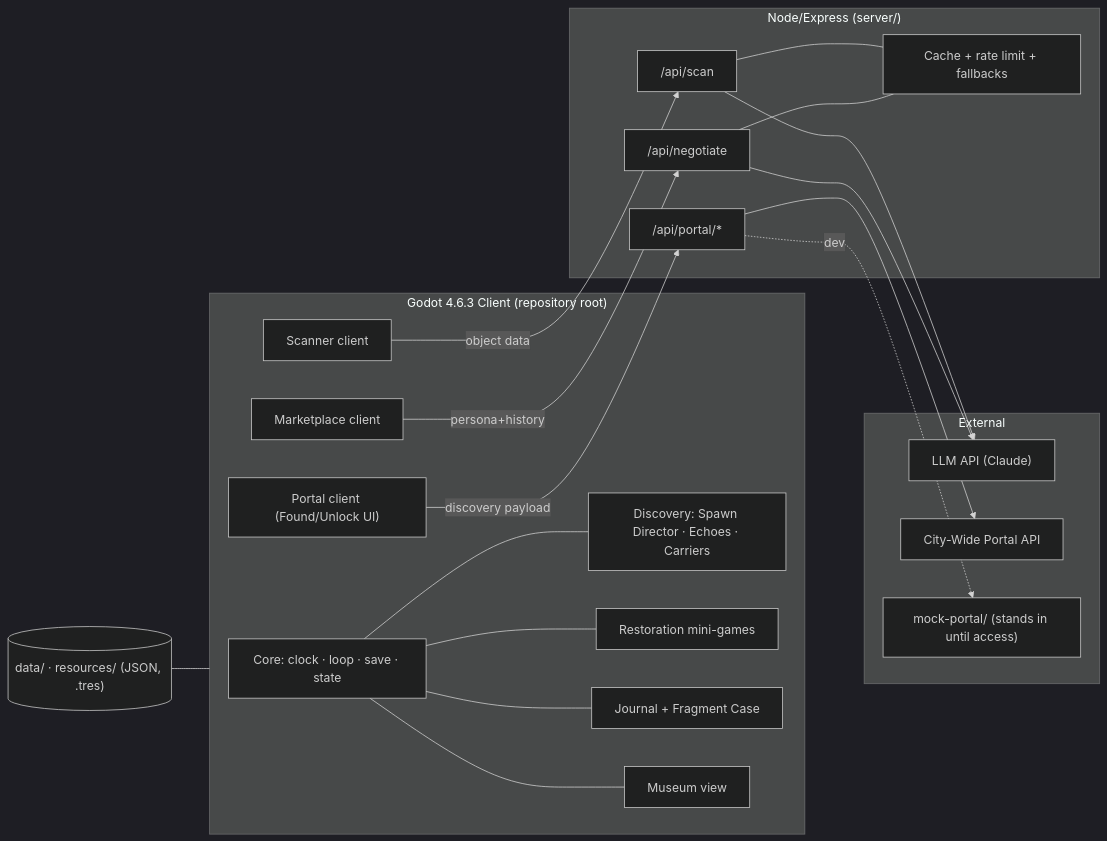
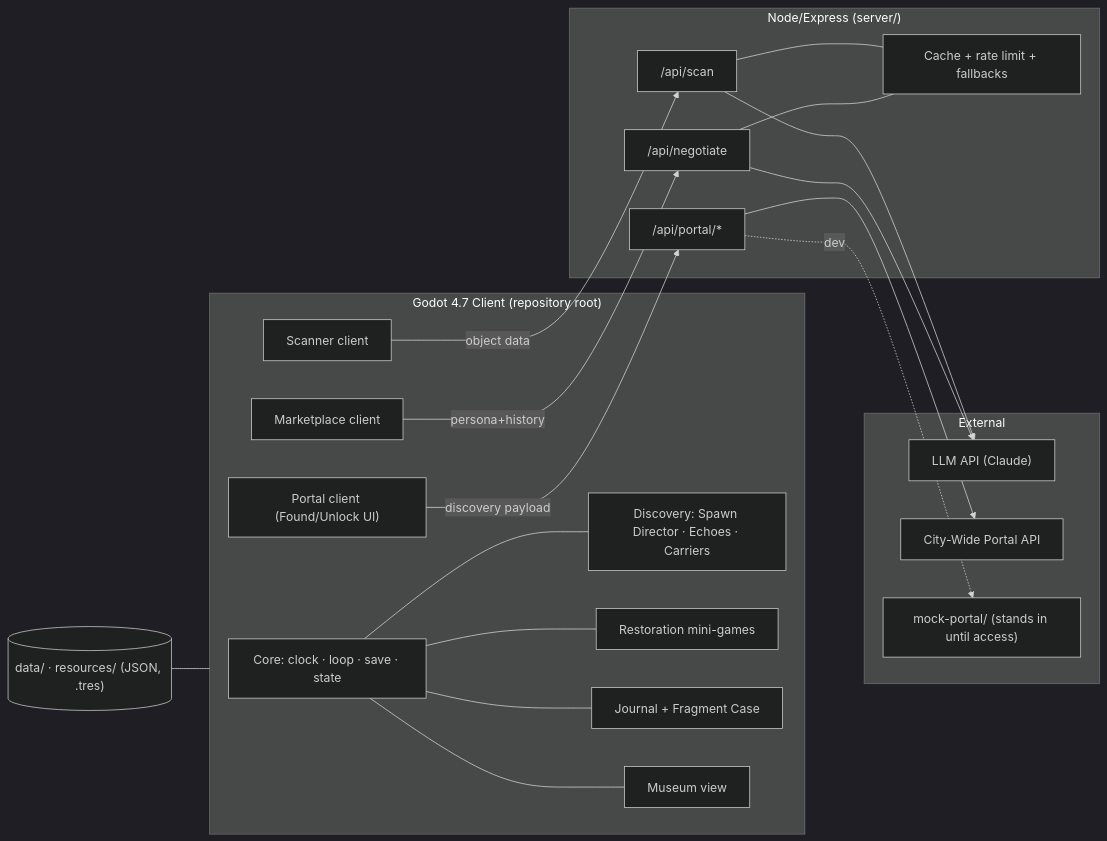
The first of 5 diagrams in docs/PRD.md (HoplyXD/aLima), drawn with Mermaid (dark theme) before and after one commit. The commit also changed other lines of this file and 82 other files, not shown here.

````diff
--- a/docs/PRD.md
+++ b/docs/PRD.md
@@ -84,34 +84,34 @@
 ```mermaid
 flowchart LR
-    subgraph Client["Godot 4.6.3 Client (repository root)"]
+    subgraph Client["Godot 4.7 Client (repository root)"]
         Core["Core: clock · loop · save · state"]
         Disc["Discovery: Spawn Director · Echoes · Carriers"]
         Rest["Restoration mini-games"]
         ScanC["Scanner client"]
         MktC["Marketplace client"]
         Jrn["Journal + Fragment Case"]
         PortC["Portal client (Found/Unlock UI)"]
         Mus["Museum view"]
     end
     subgraph Server["Node/Express (server/)"]
         ScanS["/api/scan"]
         NegS["/api/negotiate"]
         PortS["/api/portal/*"]
         Cache["Cache + rate limit + fallbacks"]
     end
     subgraph Ext["External"]
         LLM["LLM API (Claude)"]
         Portal["City-Wide Portal API"]
         Mock["mock-portal/ (stands in until access)"]
     end
 
     ScanC -->|object data| ScanS --> LLM
     MktC -->|persona+history| NegS --> LLM
     PortC -->|discovery payload| PortS --> Portal
     PortS -.dev.-> Mock
     ScanS --- Cache
     NegS --- Cache
     Core --- Disc & Rest & Jrn & Mus
 
     DataJSON[("data/ · resources/ (JSON, .tres)")] --- Client
 ```
````
